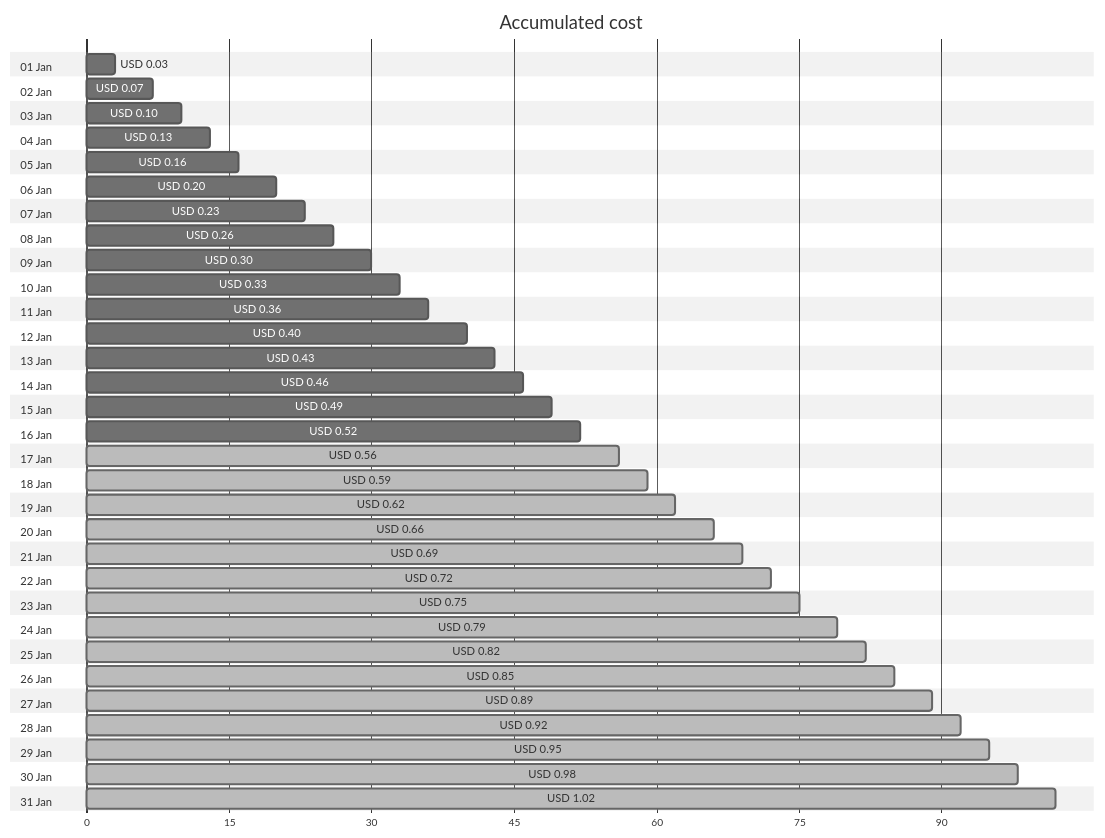
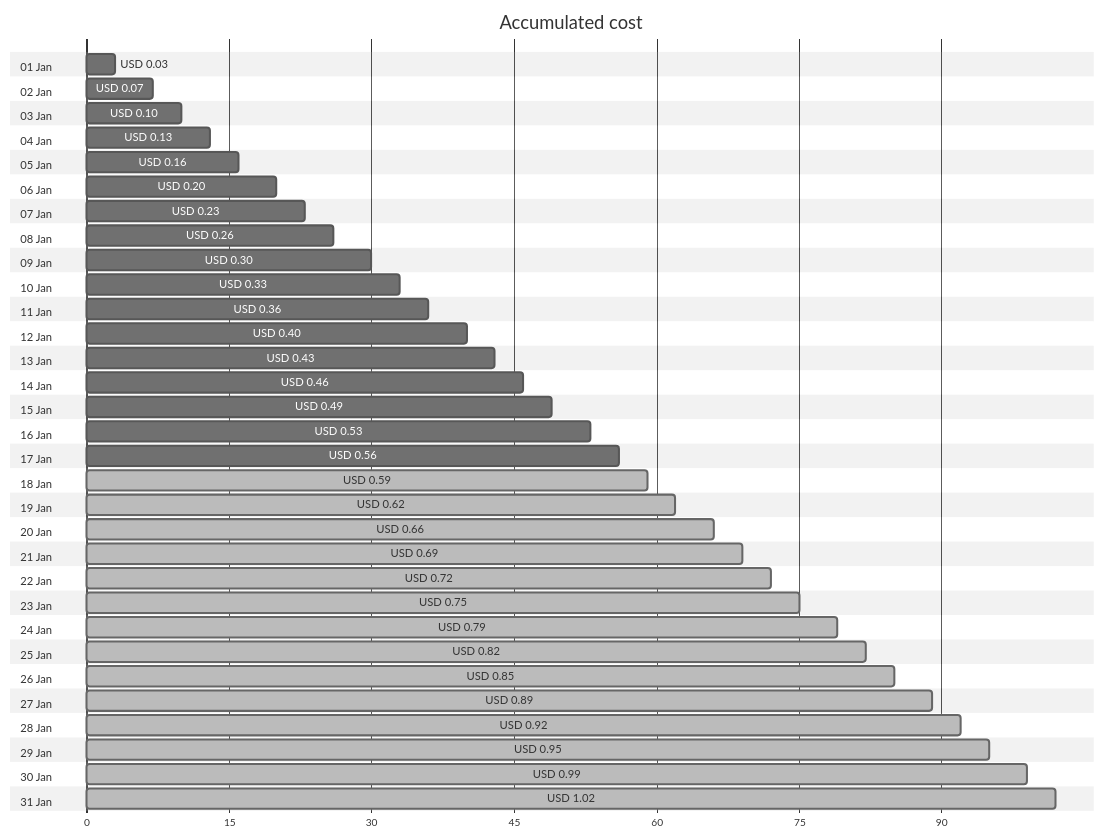
One commit to jpfulton/azure-personal-reports changed the first of 4 diagrams in cost-reports/personal-dns/README.md. Above: the diagram before and after it, drawn with Mermaid (neutral theme). The commit also changed other lines of this file and 2 other files, not shown here.

````diff
--- a/cost-reports/personal-dns/README.md
+++ b/cost-reports/personal-dns/README.md
@@ -20,68 +20,68 @@
 ```mermaid
 gantt
    title Accumulated cost
    dateFormat  X
    axisFormat %s
    section 01 Jan
    USD 0.03 :0, 3
    section 02 Jan
    USD 0.07 :0, 7
    section 03 Jan
    USD 0.10 :0, 10
    section 04 Jan
    USD 0.13 :0, 13
    section 05 Jan
    USD 0.16 :0, 16
    section 06 Jan
    USD 0.20 :0, 20
    section 07 Jan
    USD 0.23 :0, 23
    section 08 Jan
    USD 0.26 :0, 26
    section 09 Jan
    USD 0.30 :0, 30
    section 10 Jan
    USD 0.33 :0, 33
    section 11 Jan
    USD 0.36 :0, 36
    section 12 Jan
    USD 0.40 :0, 40
    section 13 Jan
    USD 0.43 :0, 43
    section 14 Jan
    USD 0.46 :0, 46
    section 15 Jan
    USD 0.49 :0, 49
    section 16 Jan
-   USD 0.52 :0, 52
+   USD 0.53 :0, 53
    section 17 Jan
-   USD 0.56 : done, 0, 56
+   USD 0.56 :0, 56
    section 18 Jan
    USD 0.59 : done, 0, 59
    section 19 Jan
    USD 0.62 : done, 0, 62
    section 20 Jan
    USD 0.66 : done, 0, 66
    section 21 Jan
    USD 0.69 : done, 0, 69
    section 22 Jan
    USD 0.72 : done, 0, 72
    section 23 Jan
    USD 0.75 : done, 0, 75
    section 24 Jan
    USD 0.79 : done, 0, 79
    section 25 Jan
    USD 0.82 : done, 0, 82
    section 26 Jan
    USD 0.85 : done, 0, 85
    section 27 Jan
    USD 0.89 : done, 0, 89
    section 28 Jan
    USD 0.92 : done, 0, 92
    section 29 Jan
    USD 0.95 : done, 0, 95
    section 30 Jan
-   USD 0.98 : done, 0, 98
+   USD 0.99 : done, 0, 99
    section 31 Jan
    USD 1.02 : done, 0, 102
 ```
````
